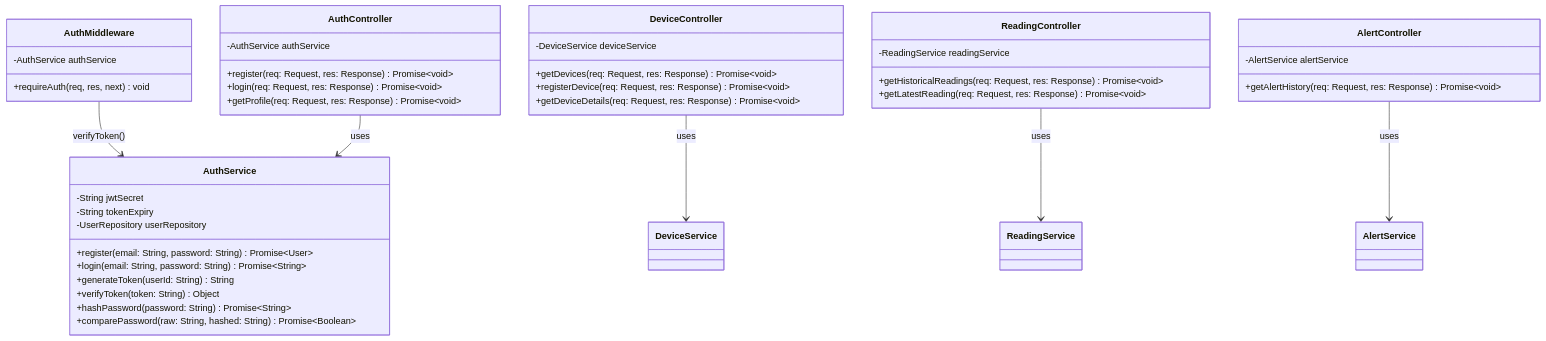
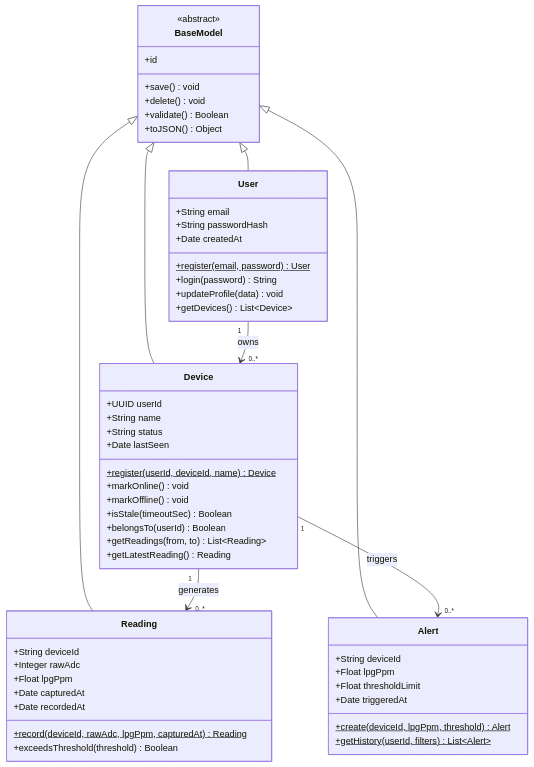
Before and after one commit to abdularhman2341/air-quality-monitoring-system: the first of 2 diagrams in docs/stage-3-Mermaid-UML-Class-Diagram.md, drawn with Mermaid. The commit also changed other lines of this file, not shown here.

Commit message:
Redesign class diagram around domain models

````diff
--- a/docs/stage-3-Mermaid-UML-Class-Diagram.md
+++ b/docs/stage-3-Mermaid-UML-Class-Diagram.md
@@ -73,56 +9,65 @@
 ```mermaid
 classDiagram
     direction TB
 
-    class AuthMiddleware {
-        -AuthService authService
-        +requireAuth(req, res, next) void
+    class BaseModel {
+        <<abstract>>
+        +id
+        +save() void
+        +delete() void
+        +validate() Boolean
+        +toJSON() Object
     }
 
-    class AuthController {
-        -AuthService authService
-        +register(req: Request, res: Response) Promise~void~
-        +login(req: Request, res: Response) Promise~void~
-        +getProfile(req: Request, res: Response) Promise~void~
+    class User {
+        +String email
+        +String passwordHash
+        +Date createdAt
+        +register(email, password)$ User
+        +login(password) String
+        +updateProfile(data) void
+        +getDevices() List~Device~
     }
 
-    class DeviceController {
-        -DeviceService deviceService
-        +getDevices(req: Request, res: Response) Promise~void~
-        +registerDevice(req: Request, res: Response) Promise~void~
-        +getDeviceDetails(req: Request, res: Response) Promise~void~
+    class Device {
+        +UUID userId
+        +String name
+        +String status
+        +Date lastSeen
+        +register(userId, deviceId, name)$ Device
+        +markOnline() void
+        +markOffline() void
+        +isStale(timeoutSec) Boolean
+        +belongsTo(userId) Boolean
+        +getReadings(from, to) List~Reading~
+        +getLatestReading() Reading
     }
 
-    class ReadingController {
-        -ReadingService readingService
-        +getHistoricalReadings(req: Request, res: Response) Promise~void~
-        +getLatestReading(req: Request, res: Response) Promise~void~
+    class Reading {
+        +String deviceId
+        +Integer rawAdc
+        +Float lpgPpm
+        +Date capturedAt
+        +Date recordedAt
+        +record(deviceId, rawAdc, lpgPpm, capturedAt)$ Reading
+        +exceedsThreshold(threshold) Boolean
     }
 
-    class AlertController {
-        -AlertService alertService
-        +getAlertHistory(req: Request, res: Response) Promise~void~
+    class Alert {
+        +String deviceId
+        +Float lpgPpm
+        +Float thresholdLimit
+        +Date triggeredAt
+        +create(deviceId, lpgPpm, threshold)$ Alert
+        +getHistory(userId, filters)$ List~Alert~
     }
 
-    class AuthService {
-        -String jwtSecret
-        -String tokenExpiry
-        -UserRepository userRepository
-        +register(email: String, password: String) Promise~User~
-        +login(email: String, password: String) Promise~String~
-        +generateToken(userId: String) String
-        +verifyToken(token: String) Object
-        +hashPassword(password: String) Promise~String~
-        +comparePassword(raw: String, hashed: String) Promise~Boolean~
-    }
+    BaseModel <|-- User
+    BaseModel <|-- Device
+    BaseModel <|-- Reading
+    BaseModel <|-- Alert
 
-    class DeviceService
-    class ReadingService
-    class AlertService
-
-    AuthMiddleware --> AuthService : verifyToken()
-    AuthController --> AuthService : uses
-    DeviceController --> DeviceService : uses
-    ReadingController --> ReadingService : uses
-    AlertController --> AlertService : uses
+    User "1" --> "0..*" Device : owns
+    Device "1" --> "0..*" Reading : generates
+    Device "1" --> "0..*" Alert : triggers
 ```
````
